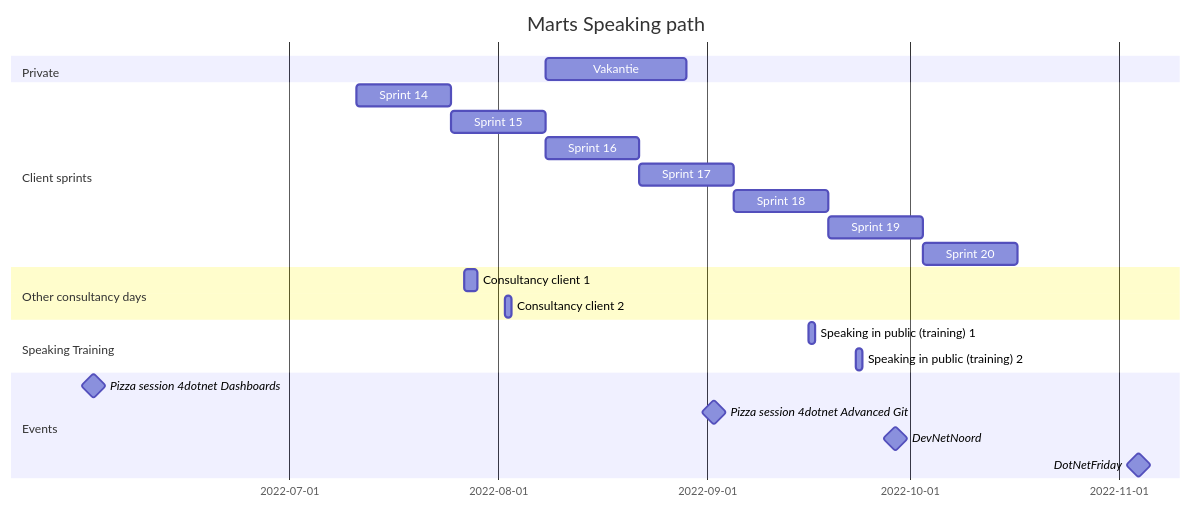
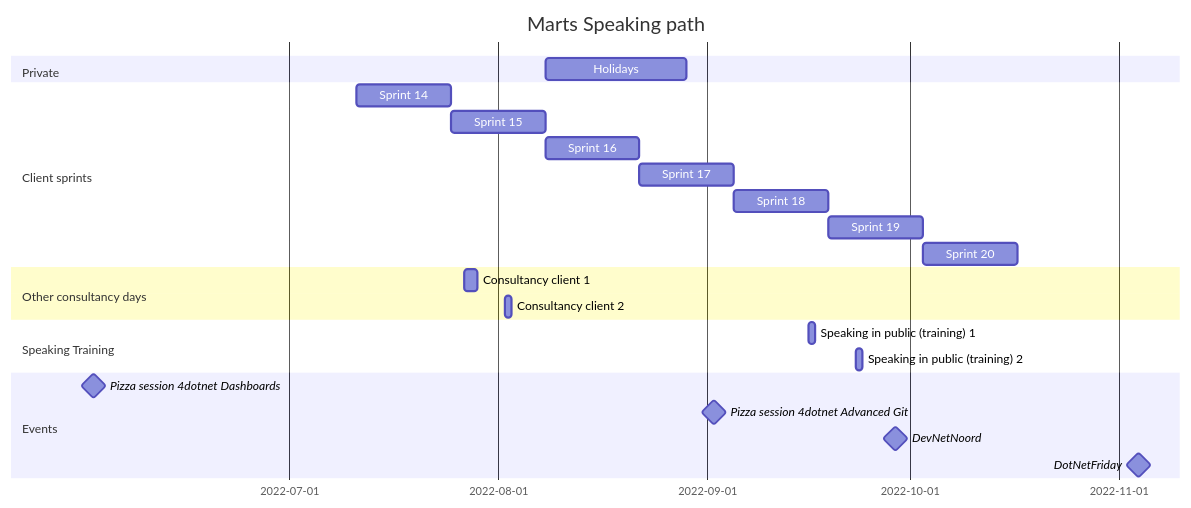
Before and after one commit to martdegraaf/martdegraaf.github.io: the diagram in src/blog/content/reviews/books/eat-that-frog-book-review.md, drawn with Mermaid. The commit also changed 1 other file, not shown here.

Commit message:
update Gantt chart styling based on dark theme

````diff
--- a/src/blog/content/reviews/books/eat-that-frog-book-review.md
+++ b/src/blog/content/reviews/books/eat-that-frog-book-review.md
@@ -82,28 +82,28 @@
 ```mermaid
 gantt
     title Marts Speaking path
     dateFormat  YYYY-MM-DD
     section Private
-    Vakantie :v1, 2022-08-08, 3w
+    Holidays :v1, 2022-08-08, 3w
     section Client sprints
     Sprint 14 :s14, 2022-07-11, 2w
     Sprint 15 :s15, after s14, 2w
     Sprint 16 :s16, after s15, 2w
     Sprint 17 :s17, after s16, 2w
     Sprint 18 :s18, after s17, 2w
     Sprint 19 :s19, after s18, 2w
     Sprint 20 :s20, after s19, 2w
     
     section Other consultancy days
     Consultancy client 1 : 2022-07-27, 2d
     Consultancy client 2 : 2022-08-02, 1d
     
     section Speaking Training
     Speaking in public (training) 1         :a1, 2022-09-16, 1d
     Speaking in public (training) 2         :a1, 2022-09-23, 1d
     section Events
     Pizza session 4dotnet Dashboards : milestone, m1, 2022-06-02, 2min
     Pizza session 4dotnet Advanced Git : milestone, m1, 2022-09-02, 2min
     DevNetNoord : milestone, m1, 2022-09-29, 2min
     DotNetFriday : milestone, m1, 2022-11-04, 2min
 ```
````
